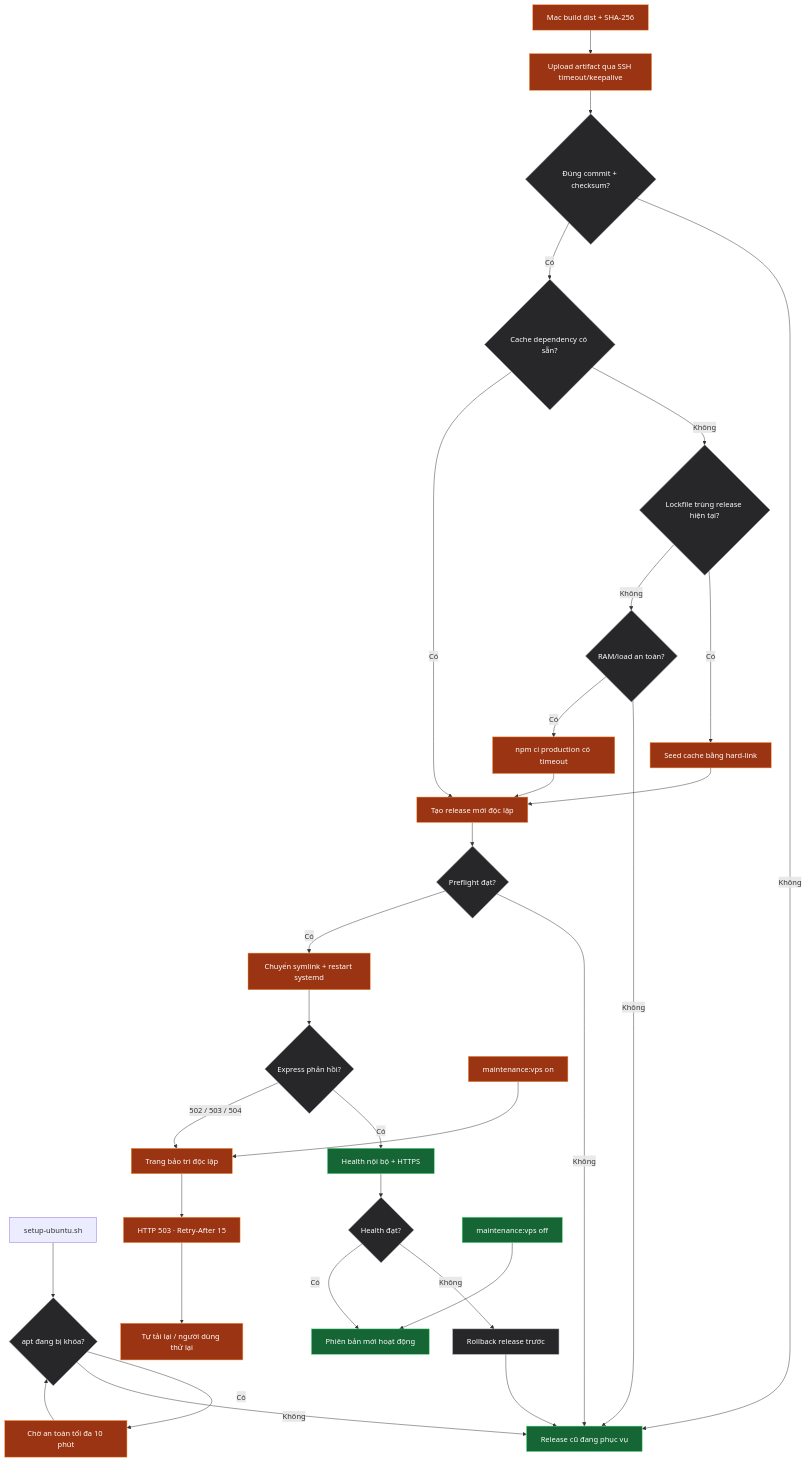
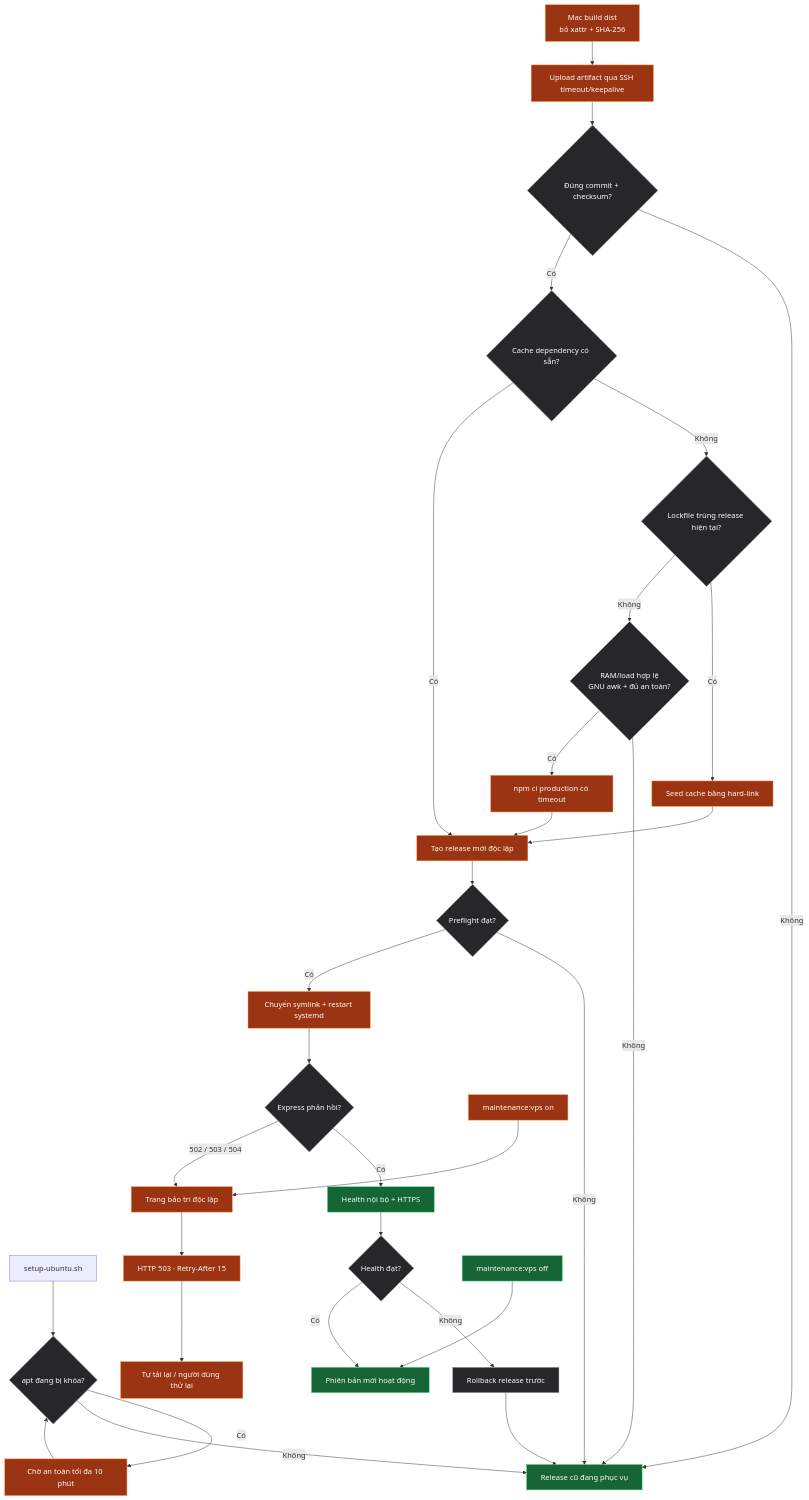
The fifth of 5 diagrams in DIAGRAMS.md (phamcongdanh98/Web-tool-ALL), drawn with Mermaid before and after one commit. The commit also changed 7 other files, not shown here.

Commit message:
Fix deploy load checks and macOS archive portability

````diff
--- a/DIAGRAMS.md
+++ b/DIAGRAMS.md
@@ -168,40 +168,40 @@
 ```mermaid
 flowchart TD
     S["setup-ubuntu.sh"] --> Q{"apt đang bị khóa?"}
     Q -- "Có" --> W["Chờ an toàn tối đa 10 phút"]
     W --> Q
     Q -- "Không" --> A["Release cũ đang phục vụ"]
-    R["Mac build dist + SHA-256"] --> U["Upload artifact qua SSH timeout/keepalive"]
+    R["Mac build dist<br/>bỏ xattr + SHA-256"] --> U["Upload artifact qua SSH timeout/keepalive"]
     U --> V{"Đúng commit + checksum?"}
     V -- "Không" --> A
     V -- "Có" --> X{"Cache dependency có sẵn?"}
     X -- "Không" --> T{"Lockfile trùng release hiện tại?"}
     T -- "Có" --> AA["Seed cache bằng hard-link"]
     AA --> B
-    T -- "Không" --> Y{"RAM/load an toàn?"}
+    T -- "Không" --> Y{"RAM/load hợp lệ<br/>GNU awk + đủ an toàn?"}
     Y -- "Không" --> A
     Y -- "Có" --> Z["npm ci production có timeout"]
     X -- "Có" --> B["Tạo release mới độc lập"]
     Z --> B
     B --> C{"Preflight đạt?"}
     C -- "Không" --> A
     C -- "Có" --> D["Chuyển symlink + restart systemd"]
     D --> E{"Express phản hồi?"}
     E -- "Có" --> F["Health nội bộ + HTTPS"]
     E -- "502 / 503 / 504" --> M["Trang bảo trì độc lập"]
     G["maintenance:vps on"] --> M
     M --> H["HTTP 503 · Retry-After 15"]
     H --> I["Tự tải lại / người dùng thử lại"]
     F --> J{"Health đạt?"}
     J -- "Không" --> K["Rollback release trước"]
     J -- "Có" --> L["Phiên bản mới hoạt động"]
     K --> A
     N["maintenance:vps off"] --> L
 
     classDef ok fill:#166534,stroke:#4ade80,color:#fff;
     classDef wait fill:#9a3412,stroke:#fb923c,color:#fff;
     classDef decision fill:#27272a,stroke:#a1a1aa,color:#fff;
     class A,F,L,N ok;
     class B,D,G,M,H,I,W,R,U,Z,AA wait;
     class C,E,J,K,Q,V,X,Y,T decision;
 ```
````
